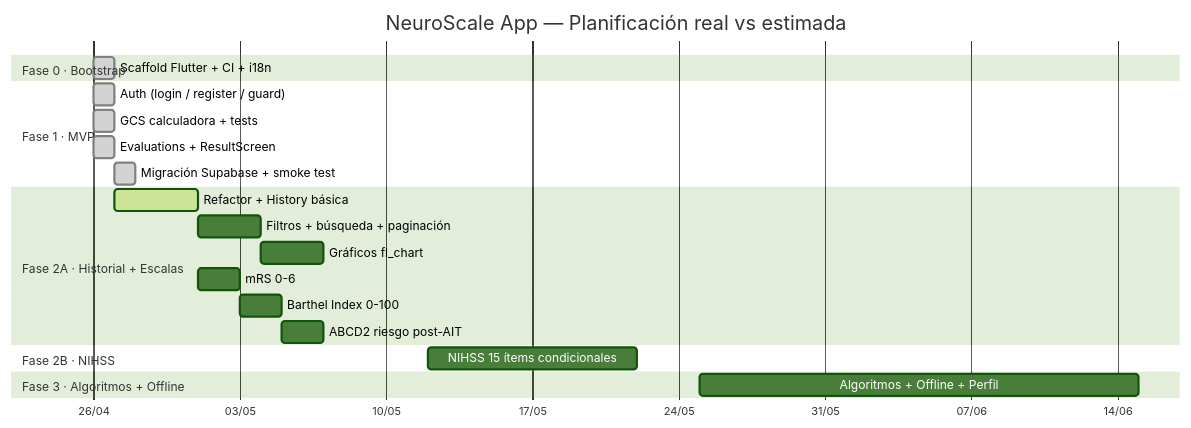
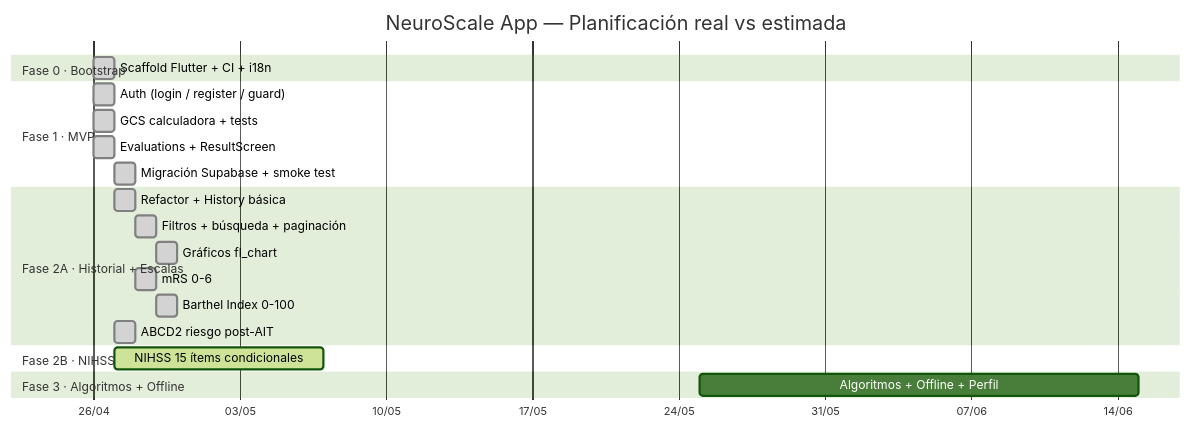
One commit to grisllo/NeuroScaleApp changed the diagram in README.md. Above: the diagram before and after it, drawn with Mermaid (forest theme). The commit also changed 2 other files, not shown here.

Commit message:
chore(phase): cierre subfase 2A.6 + Fase 2A completa — docs y metricas
- flutter analyze 0 issues, flutter test 81 tests pasando
- ROADMAP: subfase 2A.6 completada; Fase 2A marcada como Completada (2026-04-27)
- Estado actual actualizado a Fase 2B; Fase 2B marcada En curso
- METODOLOGIA: 1.5h reales (estimado 1.5h, 0% desviacion)
  Total Fase 2A: 23h reales vs 24h estimadas (-4.2%)
- README Gantt: Fase 2A todas :done; Fase 2B :active
- Issue #11 cerrado

Closes #11

````diff
--- a/README.md
+++ b/README.md
@@ -13,29 +13,29 @@
 ```mermaid
 gantt
     title NeuroScale App — Planificación real vs estimada
     dateFormat  YYYY-MM-DD
     axisFormat  %d/%m
 
     section Fase 0 · Bootstrap
     Scaffold Flutter + CI + i18n       :done, f0,  2026-04-26, 1d
 
     section Fase 1 · MVP
     Auth (login / register / guard)    :done, f1a, 2026-04-26, 1d
     GCS calculadora + tests            :done, f1b, 2026-04-26, 1d
     Evaluations + ResultScreen         :done, f1c, 2026-04-26, 1d
     Migración Supabase + smoke test    :done, f1d, 2026-04-27, 1d
 
     section Fase 2A · Historial + Escalas
-    Refactor + History básica          :active, f2a1, 2026-04-27, 4d
-    Filtros + búsqueda + paginación    :f2a2, after f2a1, 3d
-    Gráficos fl_chart                  :f2a3, after f2a2, 3d
-    mRS 0-6                            :f2a4, after f2a1, 2d
-    Barthel Index 0-100                :f2a5, after f2a4, 2d
-    ABCD2 riesgo post-AIT              :f2a6, after f2a5, 2d
+    Refactor + History básica          :done, f2a1, 2026-04-27, 1d
+    Filtros + búsqueda + paginación    :done, f2a2, after f2a1, 1d
+    Gráficos fl_chart                  :done, f2a3, after f2a2, 1d
+    mRS 0-6                            :done, f2a4, after f2a1, 1d
+    Barthel Index 0-100                :done, f2a5, after f2a4, 1d
+    ABCD2 riesgo post-AIT              :done, f2a6, 2026-04-27, 1d
 
     section Fase 2B · NIHSS
-    NIHSS 15 ítems condicionales       :f2b,  2026-05-12, 10d
+    NIHSS 15 ítems condicionales       :active, f2b, 2026-04-27, 10d
 
     section Fase 3 · Algoritmos + Offline
     Algoritmos + Offline + Perfil      :f3,   2026-05-25, 21d
 ```
````
